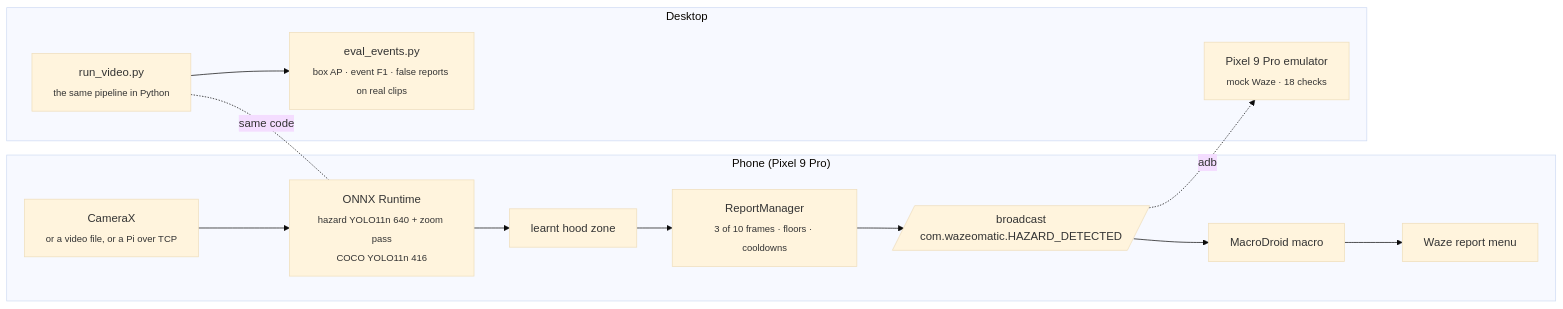
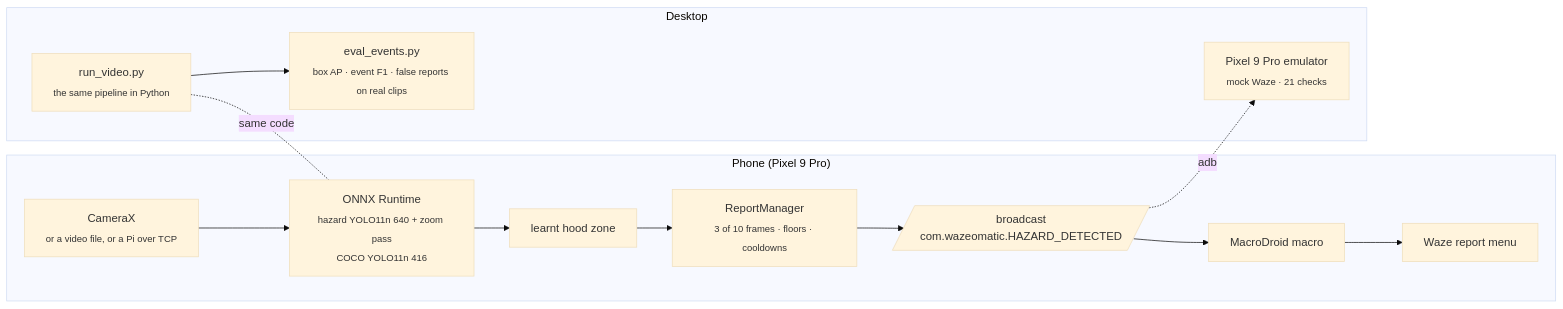
The diagram in README.md (blakepennel/wazeomatic), drawn with Mermaid (base theme) before and after one commit. The commit also changed other lines of this file and 22 other files, not shown here.

````diff
--- a/README.md
+++ b/README.md
@@ -72,21 +76,21 @@
 ```mermaid
 flowchart LR
     subgraph phone["Phone (Pixel 9 Pro)"]
         CAM[CameraX<br/><sub>or a video file, or a Pi over TCP</sub>]
         DET[ONNX Runtime<br/><sub>hazard YOLO11n 640 + zoom pass<br/>COCO YOLO11n 416</sub>]
         HOOD[learnt hood zone]
         RM[ReportManager<br/><sub>3 of 10 frames · floors · cooldowns</sub>]
         BC[/broadcast<br/>com.wazeomatic.HAZARD_DETECTED/]
         MD[MacroDroid macro]
         WZ[Waze report menu]
     end
     subgraph desk["Desktop"]
         SIM[run_video.py<br/><sub>the same pipeline in Python</sub>]
         EV[eval_events.py<br/><sub>box AP · event F1 · false reports on real clips</sub>]
-        EMU[Pixel 9 Pro emulator<br/><sub>mock Waze · 18 checks</sub>]
+        EMU[Pixel 9 Pro emulator<br/><sub>mock Waze · 21 checks</sub>]
     end
     CAM --> DET --> HOOD --> RM --> BC --> MD --> WZ
     SIM -. same code .- DET
     SIM --> EV
     BC -. adb .-> EMU
 ```
````
